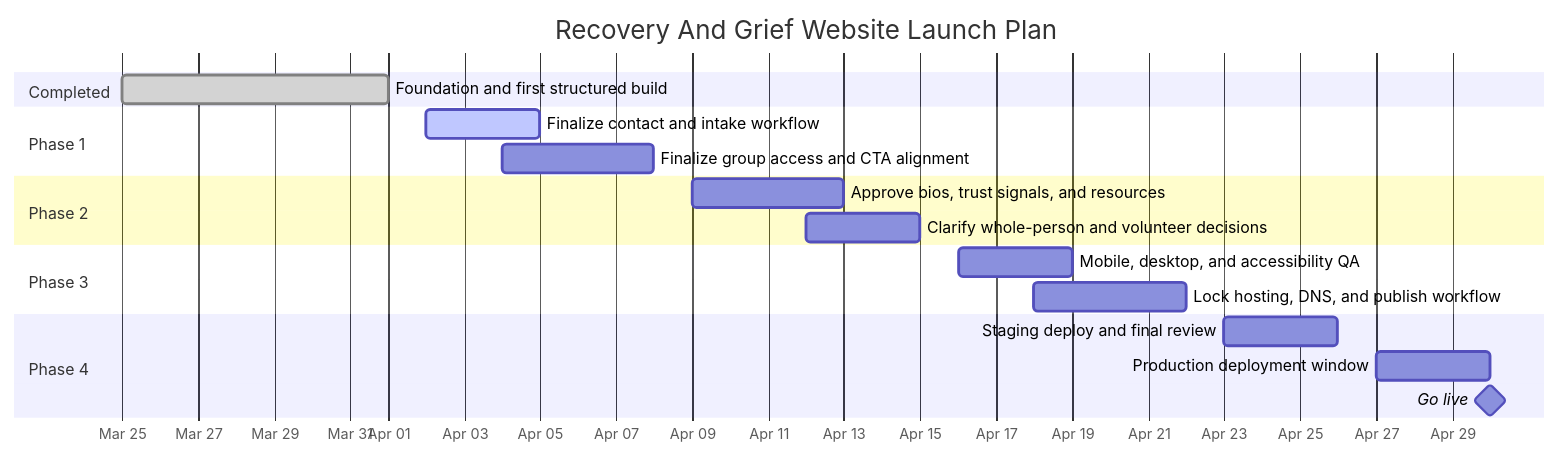
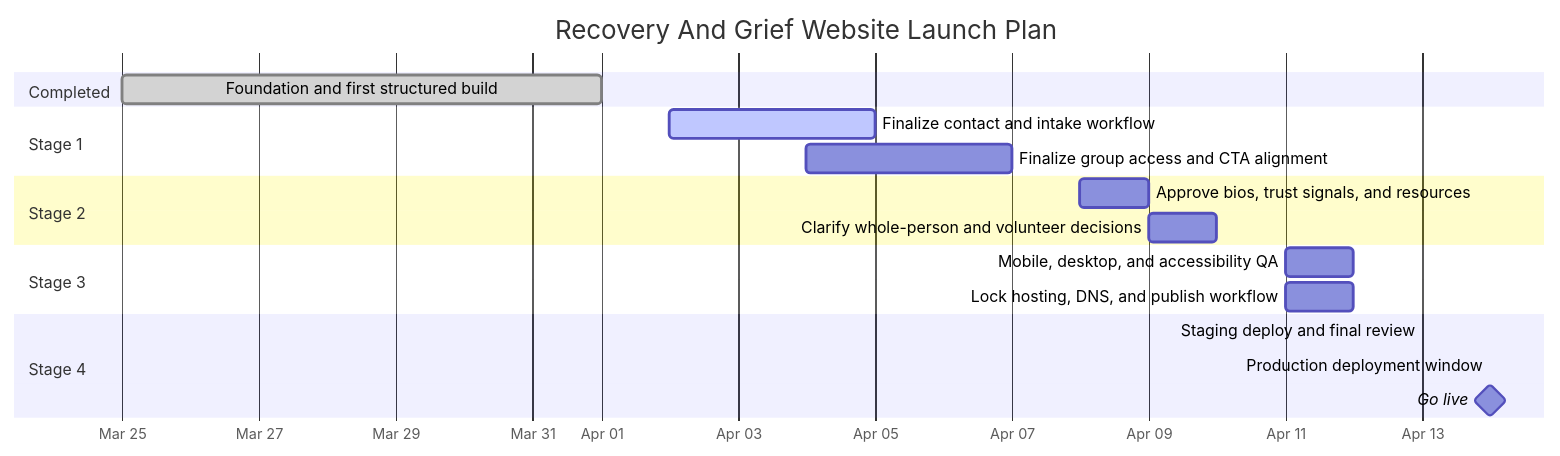
One commit to emjhayzi/recovery-and-grief-ma-org changed the diagram in docs/agile/release-roadmap.md. Above: the diagram before and after it, drawn with Mermaid. The commit also changed other lines of this file and 43 other files, not shown here.

````diff
--- a/docs/agile/release-roadmap.md
+++ b/docs/agile/release-roadmap.md
@@ -138,26 +138,26 @@
 ```mermaid
 gantt
     title Recovery And Grief Website Launch Plan
     dateFormat  YYYY-MM-DD
     axisFormat  %b %d
 
     section Completed
     Foundation and first structured build         :done, foundation, 2026-03-25, 2026-04-01
 
-    section Phase 1
+    section Stage 1
     Finalize contact and intake workflow          :active, phase1a, 2026-04-02, 2026-04-05
-    Finalize group access and CTA alignment       :phase1b, 2026-04-04, 2026-04-08
+    Finalize group access and CTA alignment       :phase1b, 2026-04-04, 2026-04-07
 
-    section Phase 2
-    Approve bios, trust signals, and resources    :phase2a, 2026-04-09, 2026-04-13
-    Clarify whole-person and volunteer decisions  :phase2b, 2026-04-12, 2026-04-15
+    section Stage 2
+    Approve bios, trust signals, and resources    :phase2a, 2026-04-08, 2026-04-09
+    Clarify whole-person and volunteer decisions  :phase2b, 2026-04-09, 2026-04-10
 
-    section Phase 3
-    Mobile, desktop, and accessibility QA         :phase3a, 2026-04-16, 2026-04-19
-    Lock hosting, DNS, and publish workflow       :phase3b, 2026-04-18, 2026-04-22
+    section Stage 3
+    Mobile, desktop, and accessibility QA         :phase3a, 2026-04-11, 2026-04-12
+    Lock hosting, DNS, and publish workflow       :phase3b, 2026-04-11, 2026-04-12
 
-    section Phase 4
-    Staging deploy and final review               :phase4a, 2026-04-23, 2026-04-26
-    Production deployment window                  :phase4b, 2026-04-27, 2026-04-30
-    Go live                                       :milestone, launch, 2026-04-30, 0d
+    section Stage 4
+    Staging deploy and final review               :phase4a, 2026-04-13, 2026-04-13
+    Production deployment window                  :phase4b, 2026-04-14, 2026-04-14
+    Go live                                       :milestone, launch, 2026-04-14, 0d
 ```
````
